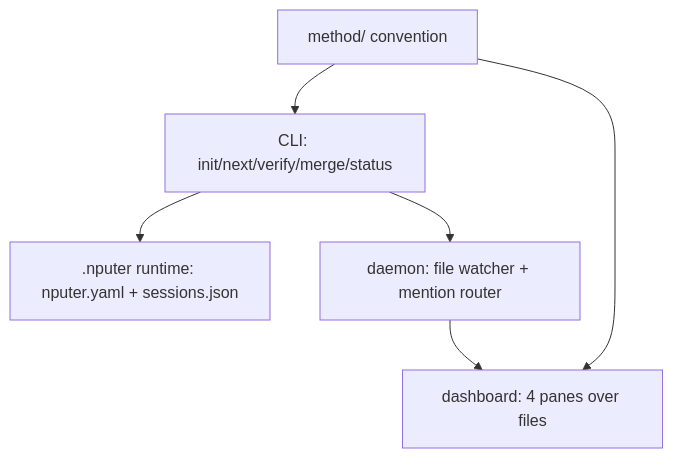
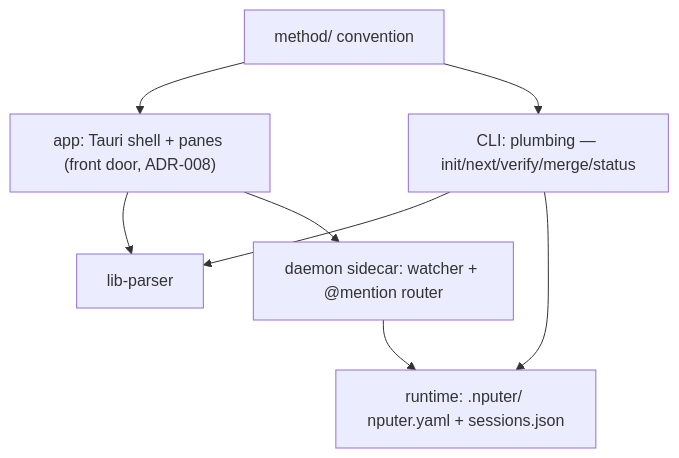
The diagram in docs/ARCHITECTURE.md (juhosarvanco/supertaskr), drawn with Mermaid before and after one commit. The commit also changed other lines of this file and 6 other files, not shown here.

````diff
--- a/docs/ARCHITECTURE.md
+++ b/docs/ARCHITECTURE.md
@@ -4,8 +4,10 @@
 ```mermaid
 graph TD
-  M[method/ convention] --> C[CLI: init/next/verify/merge/status]
-  C --> R[.nputer runtime: nputer.yaml + sessions.json]
-  C --> D[daemon: file watcher + mention router]
-  D --> B[dashboard: 4 panes over files]
-  M --> B
+  M["method/ convention"] --> A["app: Tauri shell + panes (front door, ADR-008)"]
+  M --> C["CLI: plumbing — init/next/verify/merge/status"]
+  A --> P["lib-parser"]
+  C --> P
+  A --> D["daemon sidecar: watcher + @mention router"]
+  C --> R["runtime: .nputer/ nputer.yaml + sessions.json"]
+  D --> R
 ```
````
